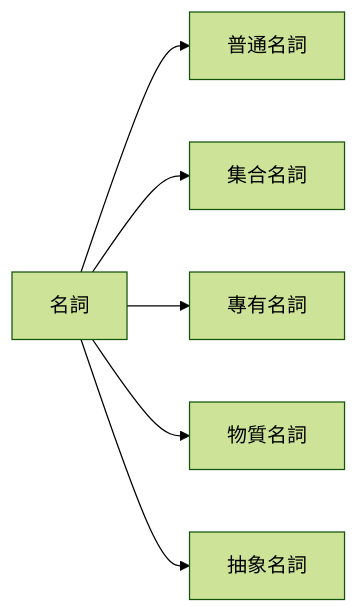
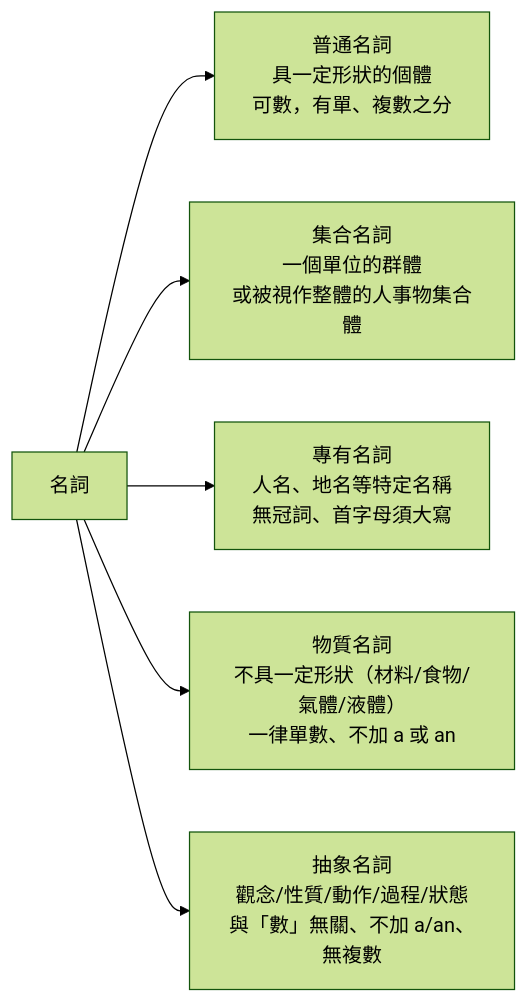
Before and after one commit to aquariusCCA/english-learning-system: the diagram in 02 謝孟媛英文文法/初級文法/01 名詞、冠詞.md, drawn with Mermaid (forest theme). The commit also changed other lines of this file and 1 other file, not shown here.

Commit message:
notes(謝孟媛/初級): 名詞五分類圖併入 mermaid，移除來源原圖
01 名詞、冠詞：把 images/名詞的種類.jpg 各分類簡述折入 graph LR
節點（普通/集合/專有/物質/抽象），刪除該圖片，資訊不流失。

````diff
--- a/02 謝孟媛英文文法/初級文法/01 名詞、冠詞.md
+++ b/02 謝孟媛英文文法/初級文法/01 名詞、冠詞.md
@@ -42,8 +42,8 @@
 ```mermaid
 graph LR
-  N[名詞] --> A[普通名詞]
-  N --> B[集合名詞]
-  N --> C[專有名詞]
-  N --> D[物質名詞]
-  N --> E[抽象名詞]
+  N[名詞] --> A["普通名詞<br/>具一定形狀的個體<br/>可數，有單、複數之分"]
+  N --> B["集合名詞<br/>一個單位的群體<br/>或被視作整體的人事物集合體"]
+  N --> C["專有名詞<br/>人名、地名等特定名稱<br/>無冠詞、首字母須大寫"]
+  N --> D["物質名詞<br/>不具一定形狀（材料/食物/氣體/液體）<br/>一律單數、不加 a 或 an"]
+  N --> E["抽象名詞<br/>觀念/性質/動作/過程/狀態<br/>與「數」無關、不加 a/an、無複數"]
 ```
````
